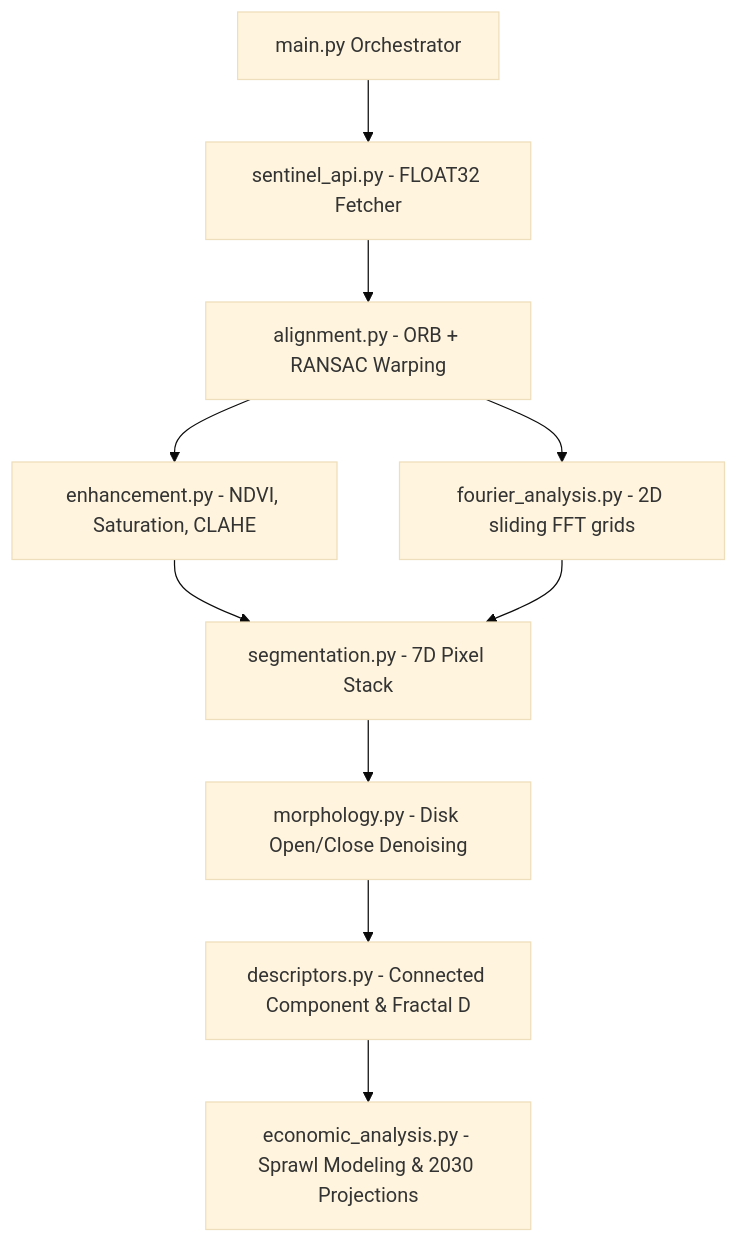
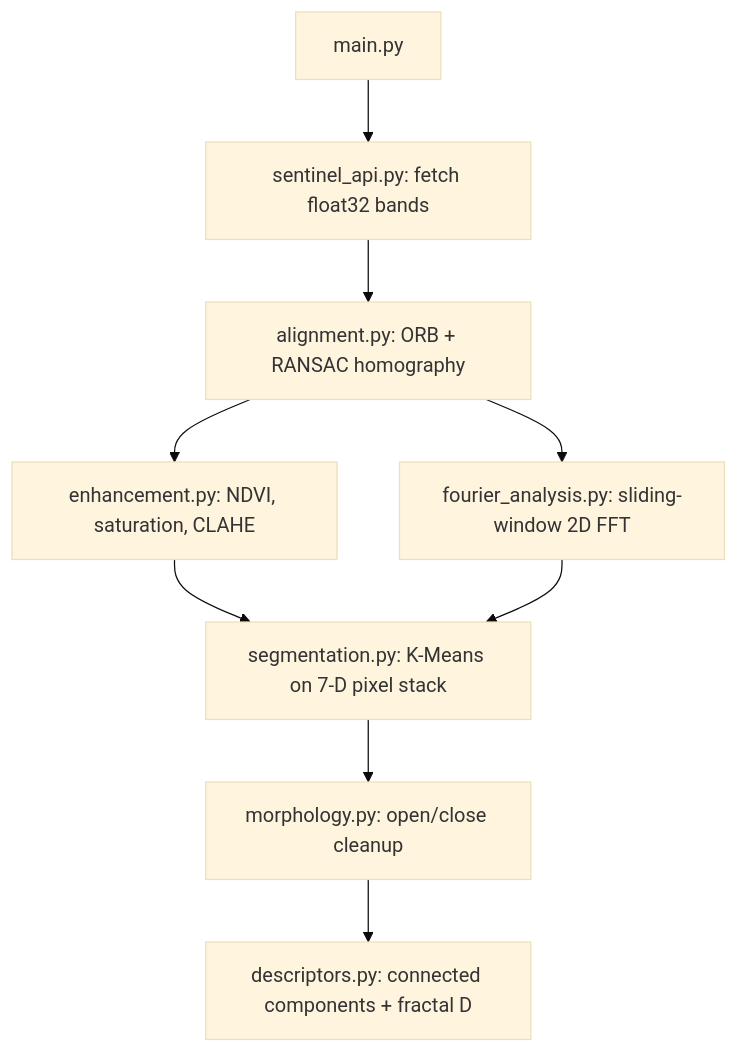
One commit to giangh14cqt/urban_growth_analysis changed the diagram in README.md. Above: the diagram before and after it, drawn with Mermaid (base theme). The commit also changed other lines of this file and 10 other files, not shown here.

````diff
--- a/README.md
+++ b/README.md
@@ -13,11 +9,11 @@
 ```mermaid
 graph TD
-    A[main.py Orchestrator] --> B[sentinel_api.py - FLOAT32 Fetcher]
-    B --> C[alignment.py - ORB + RANSAC Warping]
-    C --> D[enhancement.py - NDVI, Saturation, CLAHE]
-    C --> E[fourier_analysis.py - 2D sliding FFT grids]
-    D & E --> F[segmentation.py - 7D Pixel Stack]
-    F --> G[morphology.py - Disk Open/Close Denoising]
-    G --> H[descriptors.py - Connected Component & Fractal D]
-    H --> I[economic_analysis.py - Sprawl Modeling & 2030 Projections]
+    A[main.py] --> B[sentinel_api.py: fetch float32 bands]
+    B --> C[alignment.py: ORB + RANSAC homography]
+    C --> D[enhancement.py: NDVI, saturation, CLAHE]
+    C --> E[fourier_analysis.py: sliding-window 2D FFT]
+    D --> F[segmentation.py: K-Means on 7-D pixel stack]
+    E --> F
+    F --> G[morphology.py: open/close cleanup]
+    G --> H[descriptors.py: connected components + fractal D]
 ```
````
